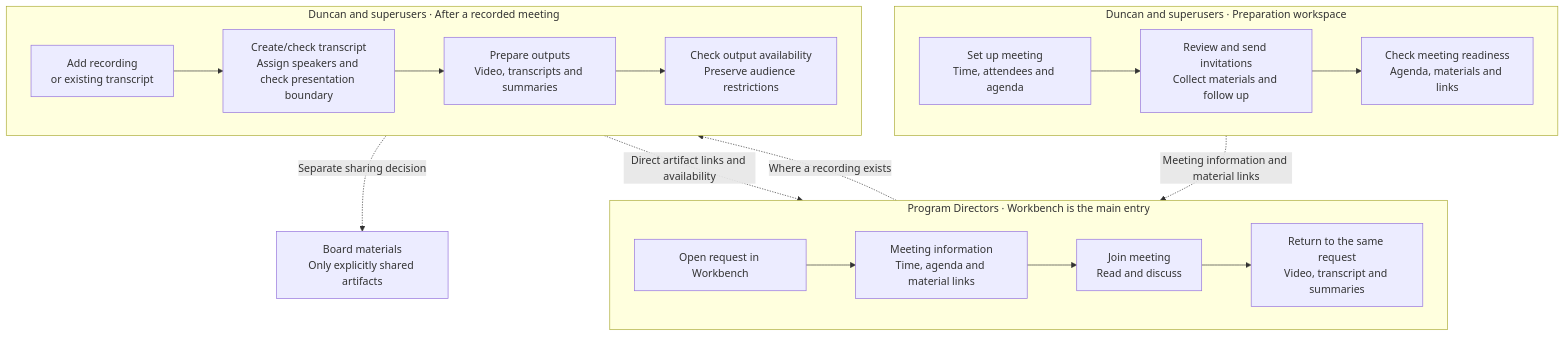
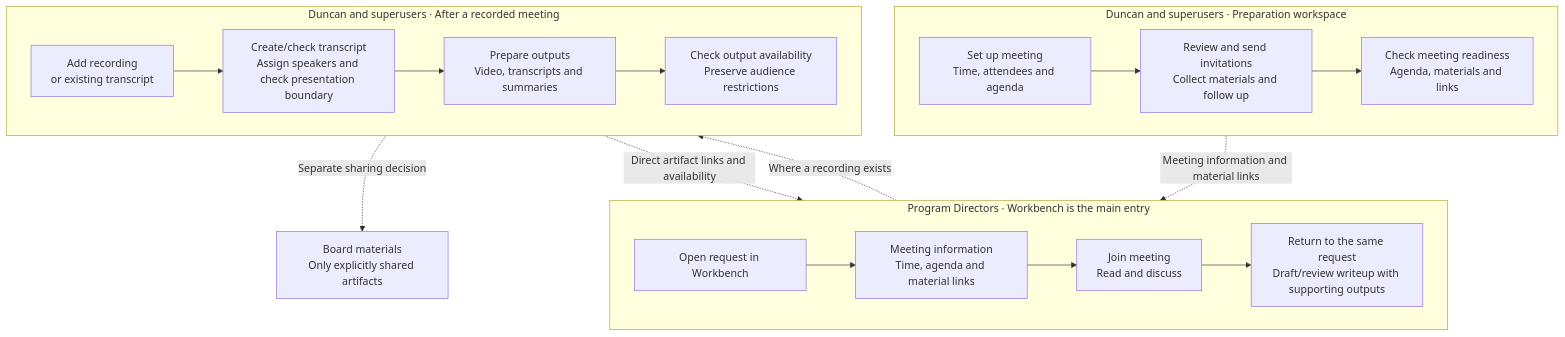
One commit to justingallivan/wmkf-research-apps changed the diagram in docs/plans/review/meeting-tracker-2026-10-20/workbench-audience-flow.md. Above: the diagram before and after it, drawn with Mermaid. The commit also changed other lines of this file and 4 other files, not shown here.

````diff
--- a/docs/plans/review/meeting-tracker-2026-10-20/workbench-audience-flow.md
+++ b/docs/plans/review/meeting-tracker-2026-10-20/workbench-audience-flow.md
@@ -17,33 +17,33 @@
 ```mermaid
 flowchart TB
     subgraph PD["Program Directors · Workbench is the main entry"]
         direction LR
         W1["Open request in Workbench"]
         W2["Meeting information<br/>Time, agenda and material links"]
         W3["Join meeting<br/>Read and discuss"]
-        W4["Return to the same request<br/>Video, transcript and summaries"]
+        W4["Return to the same request<br/>Draft/review writeup with supporting outputs"]
         W1 --> W2 --> W3 --> W4
     end
 
     subgraph PREP["Duncan and superusers · Preparation workspace"]
         direction LR
         D1["Set up meeting<br/>Time, attendees and agenda"]
         D2["Review and send invitations<br/>Collect materials and follow up"]
         D3["Check meeting readiness<br/>Agenda, materials and links"]
         D1 --> D2 --> D3
     end
 
     subgraph OUTPUTS["Duncan and superusers · After a recorded meeting"]
         direction LR
         R1["Add recording<br/>or existing transcript"]
         R2["Create/check transcript<br/>Assign speakers and check presentation boundary"]
         R3["Prepare outputs<br/>Video, transcripts and summaries"]
         R4["Check output availability<br/>Preserve audience restrictions"]
         R1 --> R2 --> R3 --> R4
     end
 
     D3 -. "Meeting information and material links" .-> W2
     W3 -. "Where a recording exists" .-> R1
     R4 -. "Direct artifact links and availability" .-> W4
     R4 -. "Separate sharing decision" .-> B["Board materials<br/>Only explicitly shared artifacts"]
 ```
````
